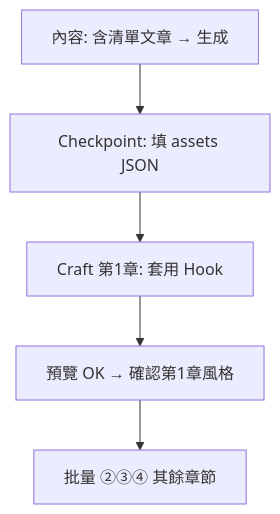
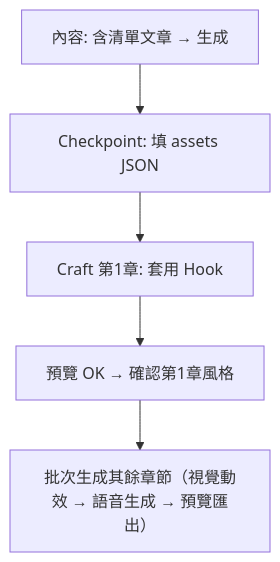
Before and after one commit to taiwanveo/CourseFlow2: the diagram in docs/WVP-ACCEPTANCE-A1-A3.md, drawn with Mermaid. The commit also changed other lines of this file and 10 other files, not shown here.

````diff
--- a/docs/WVP-ACCEPTANCE-A1-A3.md
+++ b/docs/WVP-ACCEPTANCE-A1-A3.md
@@ -77,7 +77,7 @@
 ```mermaid
 flowchart TD
   A[內容: 含清單文章 → 生成] --> B[Checkpoint: 填 assets JSON]
   B --> C[Craft 第1章: 套用 Hook]
   C --> D[預覽 OK → 確認第1章風格]
-  D --> E[批量 ②③④ 其餘章節]
+  D --> E[批次生成其餘章節（視覺動效 → 語音生成 → 預覽匯出）]
 ```
````
